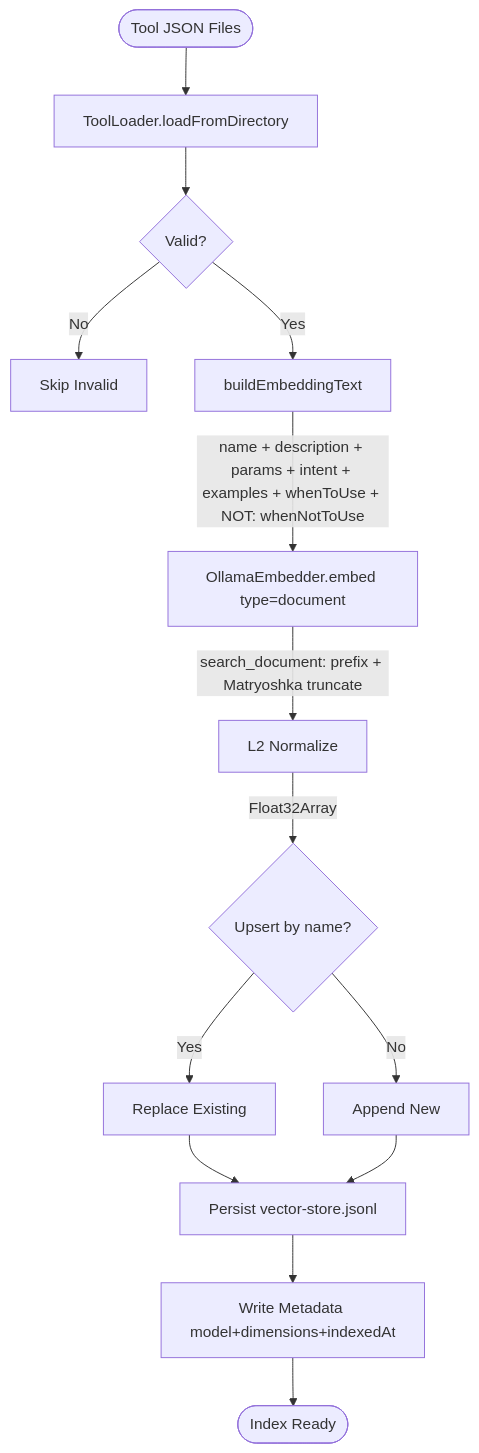
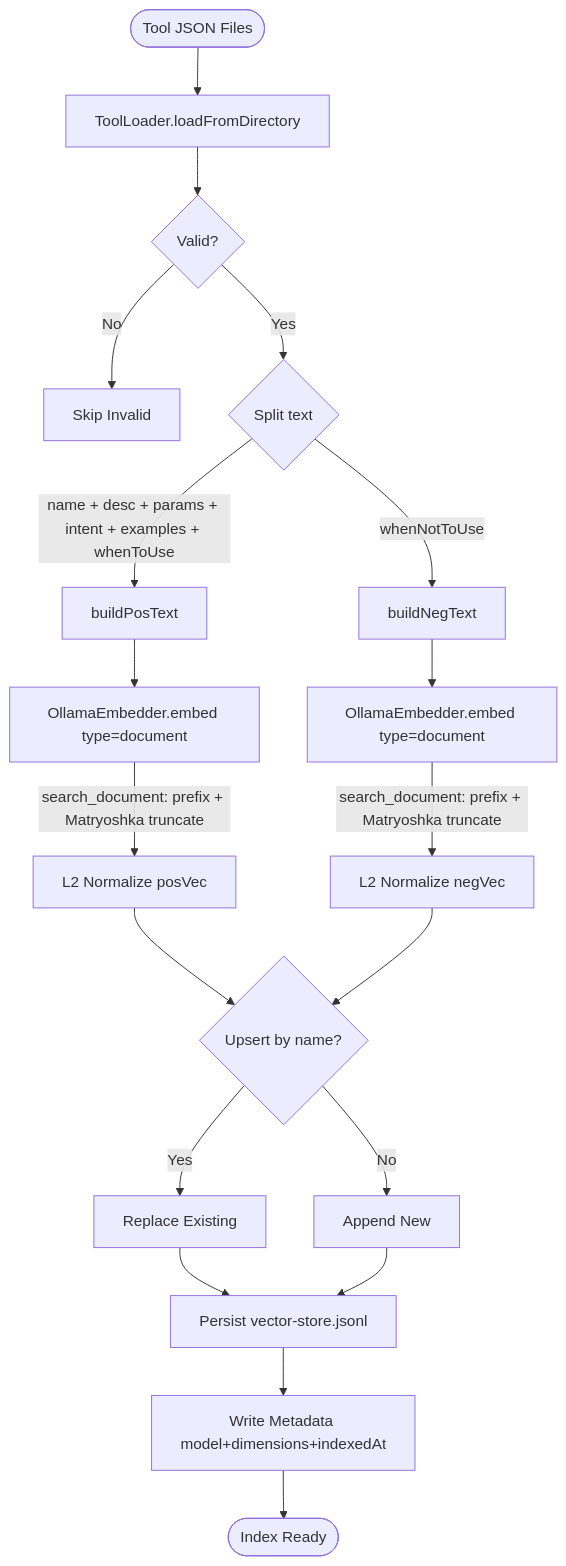
The second of 4 diagrams in README.md (ahmadmdabit/semantic-tool-router), drawn with Mermaid before and after one commit. The commit also changed other lines of this file and 14 other files, not shown here.

````diff
--- a/README.md
+++ b/README.md
@@ -278,16 +286,21 @@
 ```mermaid
 flowchart TD
     Start([Tool JSON Files]) --> Load[ToolLoader.loadFromDirectory]
     Load --> Valid{Valid?}
     Valid -- No --> Skip[Skip Invalid]
-    Valid -- Yes --> Compose[buildEmbeddingText]
-    Compose -->|name + description + params + intent + examples + whenToUse + NOT: whenNotToUse| Embed[OllamaEmbedder.embed type=document]
-    Embed -->|search_document: prefix + Matryoshka truncate| Norm[L2 Normalize]
-    Norm -->|Float32Array| Dedup{Upsert by name?}
+    Valid -- Yes --> Split{Split text}
+    Split -->|name + desc + params + intent + examples + whenToUse| PosText[buildPosText]
+    Split -->|whenNotToUse| NegText[buildNegText]
+    PosText --> PosEmbed[OllamaEmbedder.embed type=document]
+    NegText --> NegEmbed[OllamaEmbedder.embed type=document]
+    PosEmbed -->|search_document: prefix + Matryoshka truncate| PosNorm[L2 Normalize posVec]
+    NegEmbed -->|search_document: prefix + Matryoshka truncate| NegNorm[L2 Normalize negVec]
+    PosNorm --> Dedup{Upsert by name?}
+    NegNorm --> Dedup
     Dedup -- Yes --> Replace[Replace Existing]
     Dedup -- No --> Add[Append New]
     Replace --> Save[Persist vector-store.jsonl]
     Add --> Save
     Save --> Meta[Write Metadata model+dimensions+indexedAt]
     Meta --> Done([Index Ready])
 ```
````
